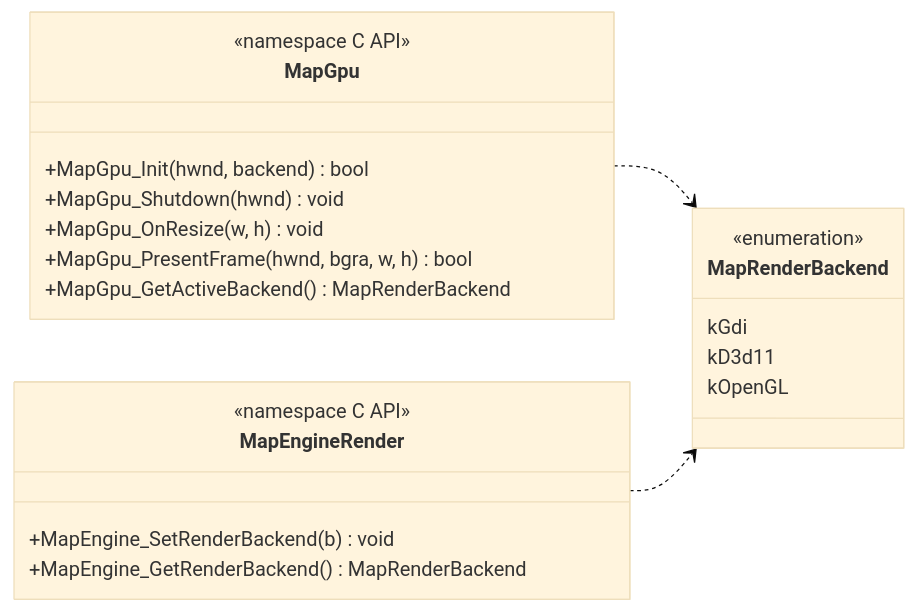
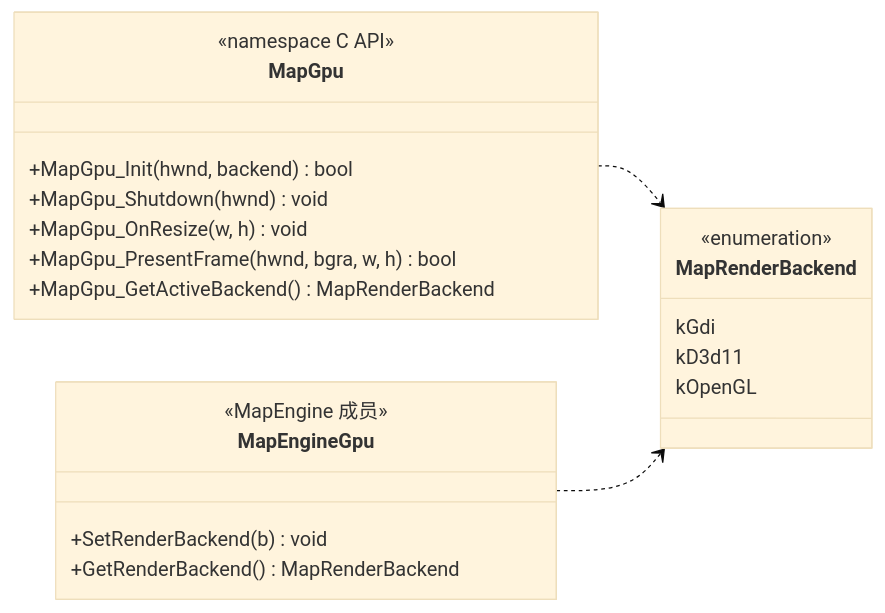
The fourth of 4 diagrams in ai-software-engineering/02-physical/gis-desktop-win32/uml-class-map.md (shelltdf/AGIS), drawn with Mermaid (base theme) before and after one commit. The commit also changed other lines of this file and 13 other files, not shown here.

````diff
--- a/ai-software-engineering/02-physical/gis-desktop-win32/uml-class-map.md
+++ b/ai-software-engineering/02-physical/gis-desktop-win32/uml-class-map.md
@@ -155,28 +204,28 @@
 ```mermaid
 classDiagram
   direction LR
   class MapRenderBackend {
     <<enumeration>>
     kGdi
     kD3d11
     kOpenGL
   }
 
   class MapGpu {
     <<namespace C API>>
     +MapGpu_Init(hwnd, backend) bool
     +MapGpu_Shutdown(hwnd) void
     +MapGpu_OnResize(w, h) void
     +MapGpu_PresentFrame(hwnd, bgra, w, h) bool
     +MapGpu_GetActiveBackend() MapRenderBackend
   }
 
-  class MapEngineRender {
-    <<namespace C API>>
-    +MapEngine_SetRenderBackend(b) void
-    +MapEngine_GetRenderBackend() MapRenderBackend
+  class MapEngineGpu {
+    <<MapEngine 成员>>
+    +SetRenderBackend(b) void
+    +GetRenderBackend() MapRenderBackend
   }
 
   MapGpu ..> MapRenderBackend
-  MapEngineRender ..> MapRenderBackend
+  MapEngineGpu ..> MapRenderBackend
 ```
````
